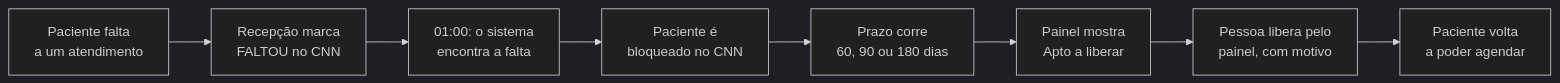
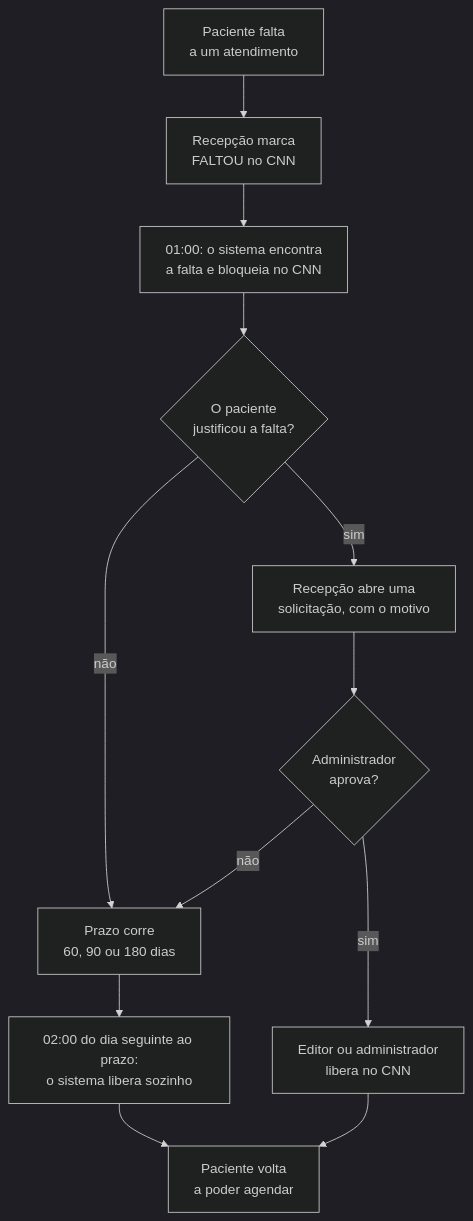
One commit to clariens/painel-integracao-desbloqueio-CNN-web changed the first of 3 diagrams in docs/visao-geral.md. Above: the diagram before and after it, drawn with Mermaid (dark theme). The commit also changed other lines of this file and 91 other files, not shown here.

````diff
--- a/docs/visao-geral.md
+++ b/docs/visao-geral.md
@@ -20,10 +21,14 @@
 ```mermaid
-flowchart LR
+flowchart TB
     A["Paciente falta<br/>a um atendimento"] --> B["Recepção marca<br/>FALTOU no CNN"]
-    B --> C["01:00: o sistema<br/>encontra a falta"]
-    C --> D["Paciente é<br/>bloqueado no CNN"]
-    D --> E["Prazo corre<br/>60, 90 ou 180 dias"]
-    E --> F["Painel mostra<br/>Apto a liberar"]
-    F --> G["Pessoa libera pelo<br/>painel, com motivo"]
-    G --> H["Paciente volta<br/>a poder agendar"]
+    B --> C["01:00: o sistema encontra<br/>a falta e bloqueia no CNN"]
+    C --> D{"O paciente<br/>justificou a falta?"}
+    D -->|"não"| E["Prazo corre<br/>60, 90 ou 180 dias"]
+    E --> F["02:00 do dia seguinte ao prazo:<br/>o sistema libera sozinho"]
+    D -->|"sim"| G["Recepção abre uma<br/>solicitação, com o motivo"]
+    G --> H{"Administrador<br/>aprova?"}
+    H -->|"sim"| I["Editor ou administrador<br/>libera no CNN"]
+    H -->|"não"| E
+    F --> J["Paciente volta<br/>a poder agendar"]
+    I --> J
 ```
````
